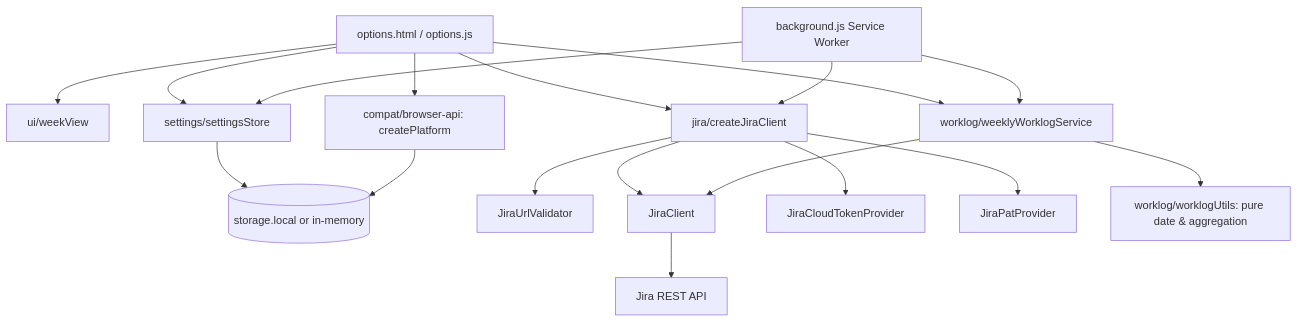
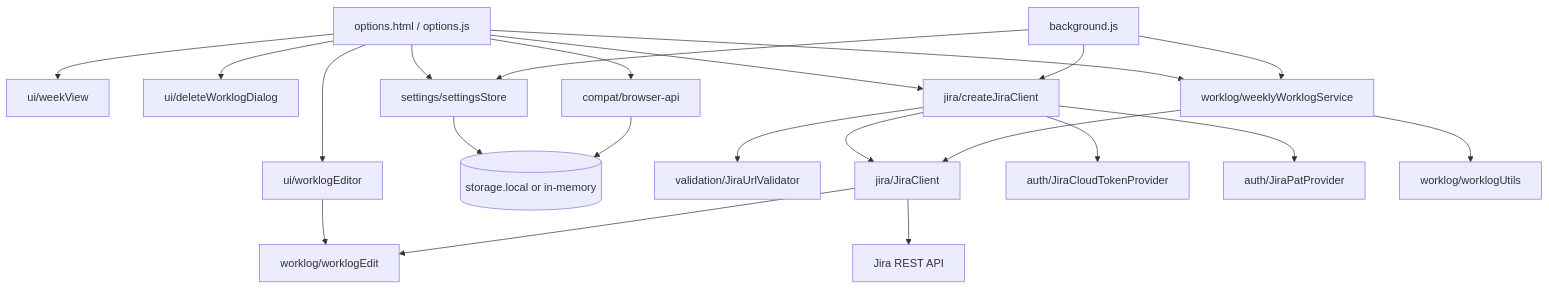
The diagram in README.md (0xlsa/jira-timesheet), drawn with Mermaid before and after one commit. The commit also changed other lines of this file, not shown here.

````diff
--- a/README.md
+++ b/README.md
@@ -55,21 +218,25 @@
 ```mermaid
 graph TD
   UI[options.html / options.js] --> WeekView[ui/weekView]
+  UI --> Editor[ui/worklogEditor]
+  UI --> DeleteDialog[ui/deleteWorklogDialog]
   UI --> Store[settings/settingsStore]
   UI --> Factory[jira/createJiraClient]
   UI --> Service[worklog/weeklyWorklogService]
-  UI --> Platform[compat/browser-api: createPlatform]
-  Background[background.js Service Worker] --> Store
+  UI --> Platform[compat/browser-api]
+  Editor --> Edit[worklog/worklogEdit]
+  Background[background.js] --> Store
   Background --> Factory
   Background --> Service
 
   Store --> Storage[(storage.local or in-memory)]
   Platform --> Storage
-  Factory --> Validator[JiraUrlValidator]
-  Factory --> Client[JiraClient]
-  Factory --> CloudProvider[JiraCloudTokenProvider]
-  Factory --> PatProvider[JiraPatProvider]
+  Factory --> Validator[validation/JiraUrlValidator]
+  Factory --> Client[jira/JiraClient]
+  Factory --> CloudProvider[auth/JiraCloudTokenProvider]
+  Factory --> PatProvider[auth/JiraPatProvider]
   Service --> Client
-  Service --> Utils[worklog/worklogUtils: pure date & aggregation]
-  Client --> JiraAPI["Jira REST API"]
+  Service --> Utils[worklog/worklogUtils]
+  Client --> Edit
+  Client --> JiraAPI[Jira REST API]
 ```
````
